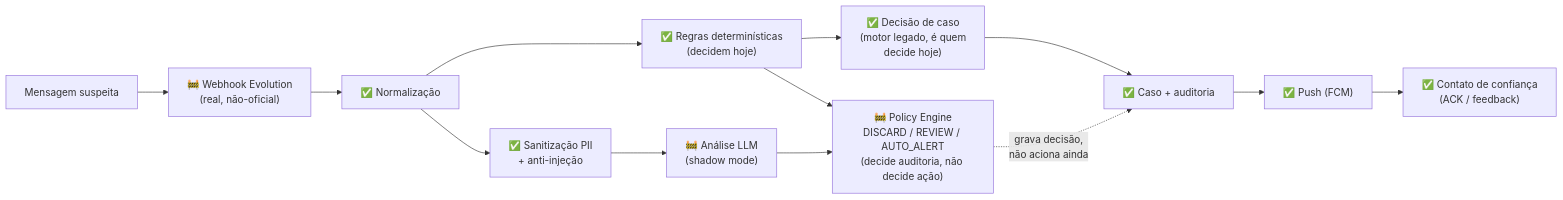
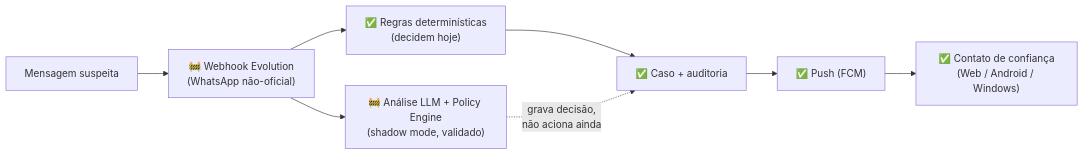
One commit to GabrielArcanjo777/cyberalerta-guardian changed the diagram in README.md. Above: the diagram before and after it, drawn with Mermaid. The commit also changed other lines of this file and 12 other files, not shown here.

````diff
--- a/README.md
+++ b/README.md
@@ -297,15 +72,10 @@
 ```mermaid
 flowchart LR
-    MSG["Mensagem suspeita"] --> HOOK["🚧 Webhook Evolution<br/>(real, não-oficial)"]
-    HOOK --> NORM["✅ Normalização"]
-    NORM --> RULES["✅ Regras determinísticas<br/>(decidem hoje)"]
-    NORM --> SANIT["✅ Sanitização PII<br/>+ anti-injeção"]
-    SANIT --> LLM["🚧 Análise LLM<br/>(shadow mode)"]
-    RULES --> POLICY["🚧 Policy Engine<br/>DISCARD / REVIEW / AUTO_ALERT<br/>(decide auditoria, não decide ação)"]
-    LLM --> POLICY
-    RULES --> CASEDEC["✅ Decisão de caso<br/>(motor legado, é quem\ndecide hoje)"]
-    CASEDEC --> CASE["✅ Caso + auditoria"]
+    MSG["Mensagem suspeita"] --> HOOK["🚧 Webhook Evolution<br/>(WhatsApp não-oficial)"]
+    HOOK --> RULES["✅ Regras determinísticas<br/>(decidem hoje)"]
+    HOOK --> LLM["🚧 Análise LLM + Policy Engine<br/>(shadow mode, validado)"]
+    RULES --> CASE["✅ Caso + auditoria"]
+    LLM -.->|"grava decisão,<br/>não aciona ainda"| CASE
     CASE --> PUSH["✅ Push (FCM)"]
-    PUSH --> CONTATO["✅ Contato de confiança<br/>(ACK / feedback)"]
-    POLICY -.->|"grava decisão,\nnão aciona ainda"| CASE
+    PUSH --> CONTATO["✅ Contato de confiança<br/>(Web / Android / Windows)"]
 ```
````
